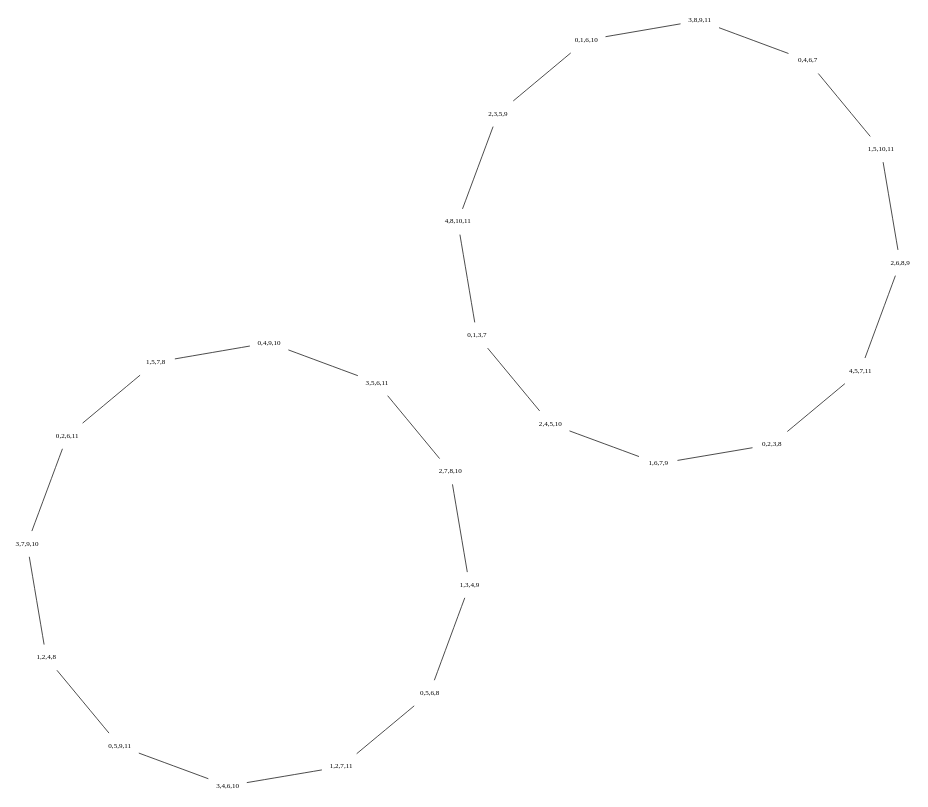
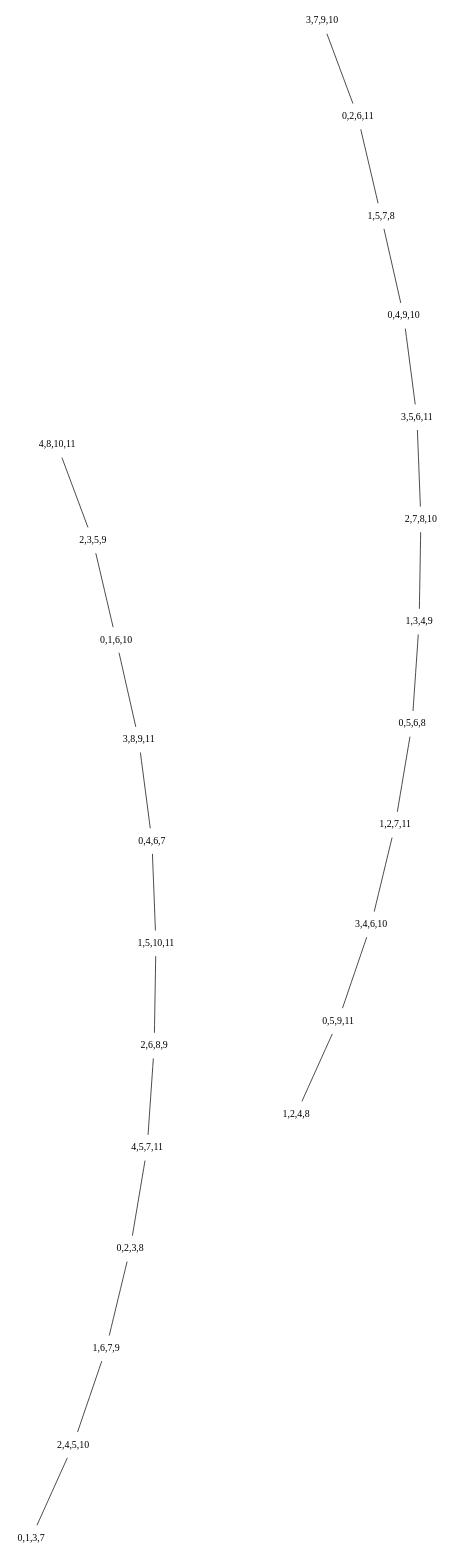
One commit to rd--/hmt changed the diagram in data/dot/tj/oh/tj_oh_p172.1.dot. Above: the diagram before and after it, drawn with Graphviz. The commit also changed 34 other files, not shown here.

```diff
--- a/data/dot/tj/oh/tj_oh_p172.1.dot
+++ b/data/dot/tj/oh/tj_oh_p172.1.dot
@@ -1,54 +1,52 @@
 graph
  g {
-edge [len=2.0];
-graph [layout=neato,epsilon=0.000001];
-node [shape=plaintext,fontsize=10,fontname="century schoolbook"];
-0 [label="3,7,9,10"];
-1 [label="0,2,6,11"];
-2 [label="1,5,7,8"];
-3 [label="0,4,9,10"];
-4 [label="3,5,6,11"];
-5 [label="2,7,8,10"];
-6 [label="1,3,4,9"];
-7 [label="0,5,6,8"];
-8 [label="1,2,7,11"];
-9 [label="3,4,6,10"];
-10 [label="0,5,9,11"];
-11 [label="1,2,4,8"];
-12 [label="4,8,10,11"];
-13 [label="2,3,5,9"];
-14 [label="0,1,6,10"];
-15 [label="3,8,9,11"];
-16 [label="0,4,6,7"];
-17 [label="1,5,10,11"];
-18 [label="2,6,8,9"];
-19 [label="4,5,7,11"];
-20 [label="0,2,3,8"];
-21 [label="1,6,7,9"];
-22 [label="2,4,5,10"];
-23 [label="0,1,3,7"];
+edge [len=2.0]
+graph [layout=neato,epsilon=0.000001,fontsize=10,fontname="century schoolbook"]
+node [shape=plaintext]
+0 [label="4,8,10,11"];
+1 [label="2,3,5,9"];
+2 [label="0,1,6,10"];
+3 [label="3,8,9,11"];
+4 [label="0,4,6,7"];
+5 [label="1,5,10,11"];
+6 [label="2,6,8,9"];
+7 [label="4,5,7,11"];
+8 [label="0,2,3,8"];
+9 [label="1,6,7,9"];
+10 [label="2,4,5,10"];
+11 [label="0,1,3,7"];
+12 [label="3,7,9,10"];
+13 [label="0,2,6,11"];
+14 [label="1,5,7,8"];
+15 [label="0,4,9,10"];
+16 [label="3,5,6,11"];
+17 [label="2,7,8,10"];
+18 [label="1,3,4,9"];
+19 [label="0,5,6,8"];
+20 [label="1,2,7,11"];
+21 [label="3,4,6,10"];
+22 [label="0,5,9,11"];
+23 [label="1,2,4,8"];
 0 -- 1;
 1 -- 2;
 2 -- 3;
 3 -- 4;
 4 -- 5;
 5 -- 6;
 6 -- 7;
 7 -- 8;
 8 -- 9;
 9 -- 10;
 10 -- 11;
-11 -- 0;
 12 -- 13;
 13 -- 14;
 14 -- 15;
 15 -- 16;
 16 -- 17;
 17 -- 18;
 18 -- 19;
 19 -- 20;
 20 -- 21;
 21 -- 22;
 22 -- 23;
-23 -- 12;
 }
```
